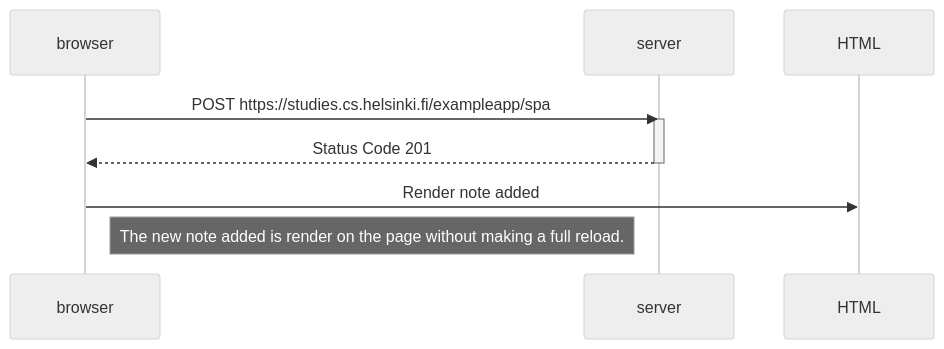
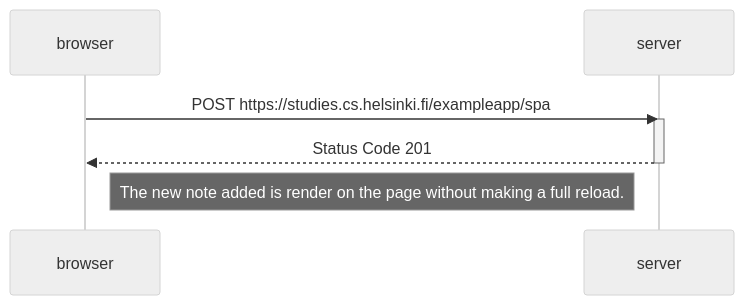
One commit to asx-dev/full-stack-open changed the diagram in part0/new-note-spa.md. Above: the diagram before and after it, drawn with Mermaid (neutral theme).

Commit message:
New note spa fixed error

````diff
--- a/part0/new-note-spa.md
+++ b/part0/new-note-spa.md
@@ -1,13 +1,12 @@
 ```mermaid
 sequenceDiagram
 participant browser
 participant server
 
     browser->>server: POST https://studies.cs.helsinki.fi/exampleapp/spa
     activate server
     server-->>browser: Status Code 201
     deactivate server
 
-    browser->>HTML: Render note added
     Note right of browser: The new note added is render on the page without making a full reload.
 ```
````
